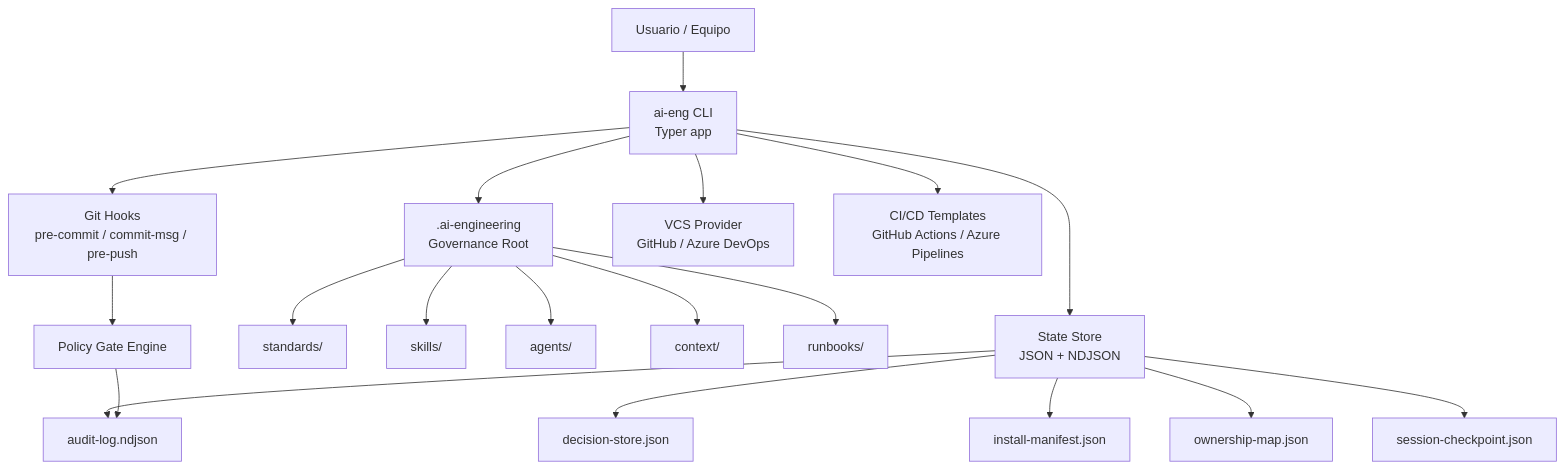
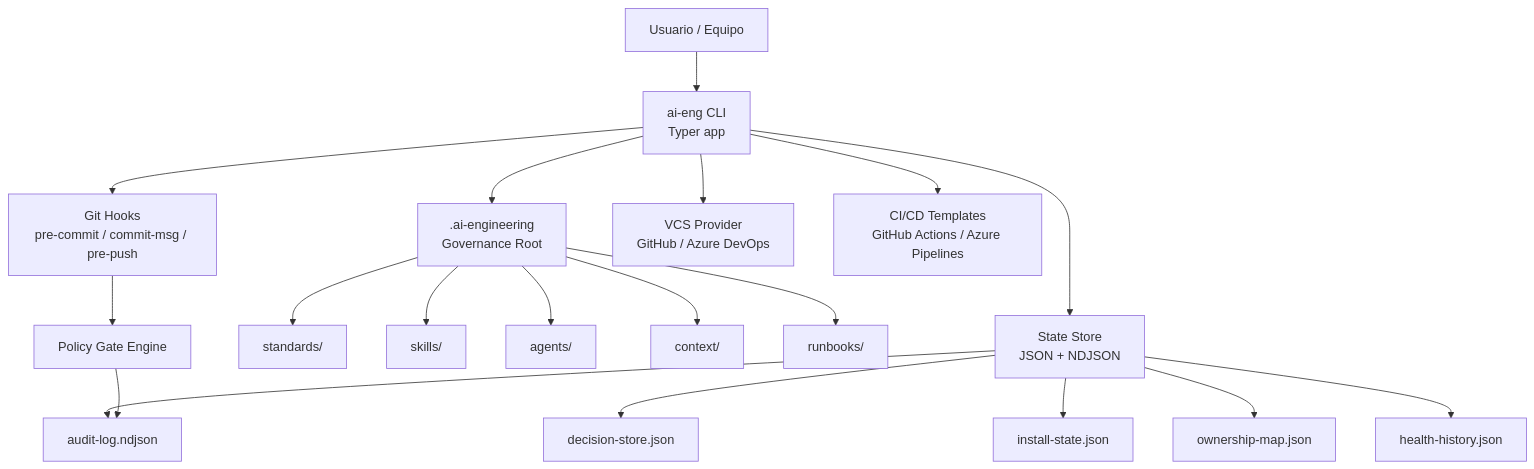
One commit to arcasilesgroup/ai-engineering changed the first of 8 diagrams in src/ai_engineering/templates/.ai-engineering/contexts/product/product-contract.md. Above: the diagram before and after it, drawn with Mermaid. The commit also changed other lines of this file and 180 other files, not shown here.

````diff
--- a/src/ai_engineering/templates/.ai-engineering/contexts/product/product-contract.md
+++ b/src/ai_engineering/templates/.ai-engineering/contexts/product/product-contract.md
@@ -69,24 +69,24 @@
 ```mermaid
 flowchart TB
     U[Usuario / Equipo] --> CLI[ai-eng CLI\nTyper app]
     CLI --> GOV[.ai-engineering\nGovernance Root]
     CLI --> HOOKS[Git Hooks\npre-commit / commit-msg / pre-push]
     CLI --> STATE[State Store\nJSON + NDJSON]
     CLI --> VCS[VCS Provider\nGitHub / Azure DevOps]
     CLI --> PIPE[CI/CD Templates\nGitHub Actions / Azure Pipelines]
 
     GOV --> STANDARDS[standards/]
     GOV --> SKILLS[skills/]
     GOV --> AGENTS[agents/]
     GOV --> CONTEXT[context/]
     GOV --> RBS[runbooks/]
 
     STATE --> DS[decision-store.json]
     STATE --> AUDIT[audit-log.ndjson]
-    STATE --> MANIFEST[install-manifest.json]
+    STATE --> IS[install-state.json]
     STATE --> OWN[ownership-map.json]
-    STATE --> CHECK[session-checkpoint.json]
+    STATE --> HH[health-history.json]
 
     HOOKS --> GATES[Policy Gate Engine]
     GATES --> AUDIT
 ```
````
